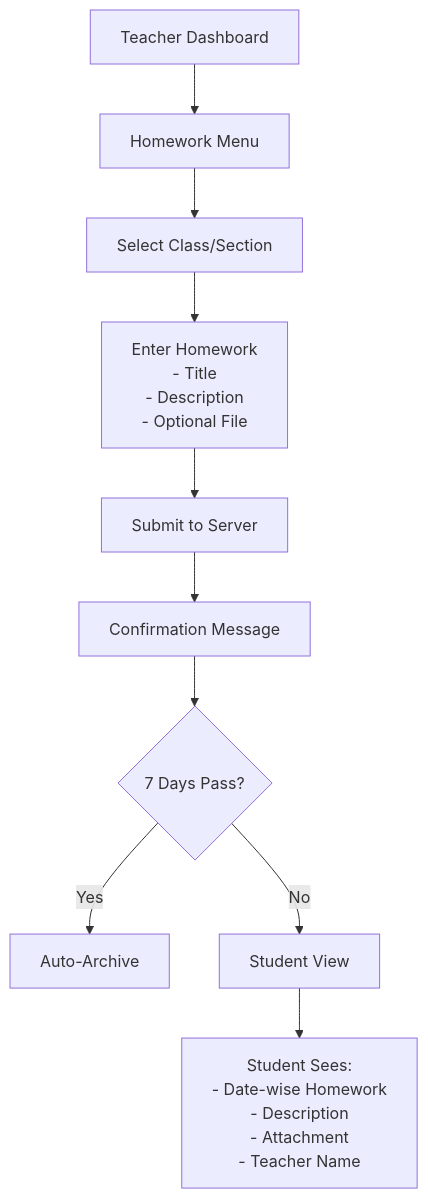
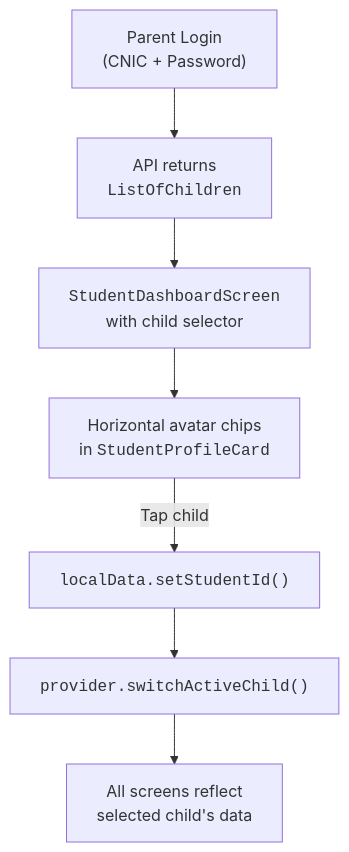
The second of 2 diagrams in README.md (kainatsghar/CityzensApp), drawn with Mermaid before and after one commit. The commit also changed other lines of this file and 32 other files, not shown here.

````diff
--- a/README.md
+++ b/README.md
@@ -720,12 +252,9 @@
 ```mermaid
 graph TD
-    A[Teacher Dashboard] --> B[Homework Menu]
-    B --> C[Select Class/Section]
-    C --> D["Enter Homework<br/>- Title<br/>- Description<br/>- Optional File"]
-    D --> E[Submit to Server]
-    E --> F[Confirmation Message]
-    F --> G{7 Days Pass?}
-    G -->|Yes| H[Auto-Archive]
-    G -->|No| I[Student View]
-    I --> J["Student Sees:<br/>- Date-wise Homework<br/>- Description<br/>- Attachment<br/>- Teacher Name"]
+    A["Parent Login<br/>(CNIC + Password)"] --> B["API returns<br/><code>ListOfChildren</code>"]
+    B --> C["<code>StudentDashboardScreen</code><br/>with child selector"]
+    C --> D["Horizontal avatar chips<br/>in <code>StudentProfileCard</code>"]
+    D -->|Tap child| E["<code>localData.setStudentId()</code>"]
+    E --> F["<code>provider.switchActiveChild()</code>"]
+    F --> G["All screens reflect<br/>selected child's data"]
 ```
````
